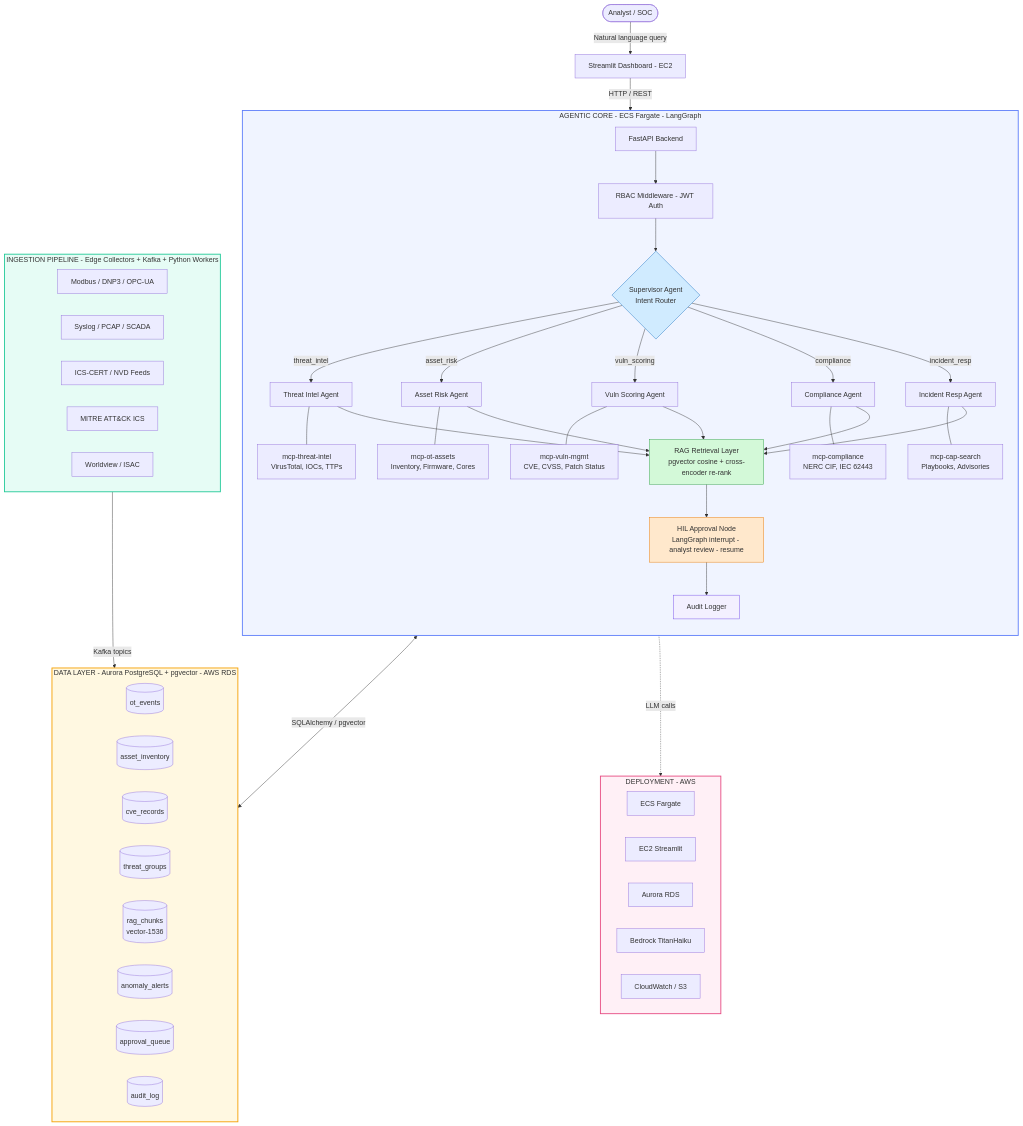
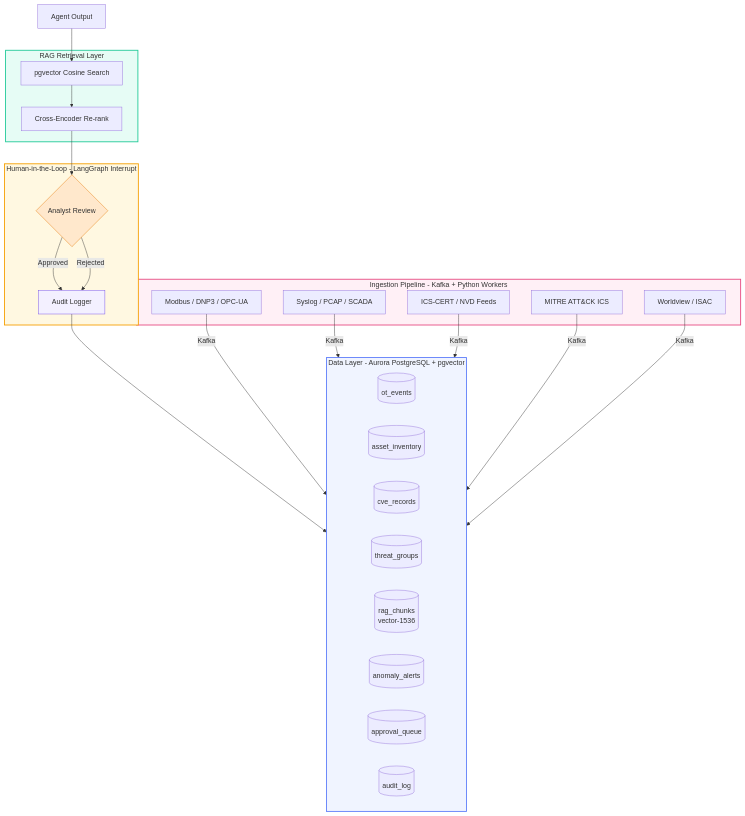
Before and after one commit to praveenbhaskarani1-creator/cybersec-agentic-ai: the second of 3 diagrams in README.md, drawn with Mermaid. The commit also changed other lines of this file, not shown here.

Commit message:
docs: split architecture into 3 clear diagrams
1. Agentic Core Flow - user to agents to MCP tools
2. RAG + HIL + Data Pipeline - retrieval, approval, ingestion
3. AWS Deployment - infrastructure overview

````diff
--- a/README.md
+++ b/README.md
@@ -22,72 +66,53 @@
 ```mermaid
 flowchart TD
-    User(["Analyst / SOC"])
-    User -->|Natural language query| SD["Streamlit Dashboard - EC2"]
-    SD -->|HTTP / REST| FB
+    IN[Agent Output]
 
-    subgraph AGENTIC [AGENTIC CORE - ECS Fargate - LangGraph]
-        direction TB
-        FB["FastAPI Backend"]
-        FB --> RBAC["RBAC Middleware - JWT Auth"]
-        RBAC --> SUP{"Supervisor Agent\nIntent Router"}
-
-        SUP -->|threat_intel| TIA["Threat Intel Agent"]
-        SUP -->|asset_risk| ARA["Asset Risk Agent"]
-        SUP -->|vuln_scoring| VSA["Vuln Scoring Agent"]
-        SUP -->|compliance| CA["Compliance Agent"]
-        SUP -->|incident_resp| IRA["Incident Resp Agent"]
-
-        TIA --- MCP1["mcp-threat-intel\nVirusTotal, IOCs, TTPs"]
-        ARA --- MCP2["mcp-ot-assets\nInventory, Firmware, Cores"]
-        VSA --- MCP3["mcp-vuln-mgmt\nCVE, CVSS, Patch Status"]
-        CA  --- MCP4["mcp-compliance\nNERC CIF, IEC 62443"]
-        IRA --- MCP5["mcp-cap-search\nPlaybooks, Advisories"]
-
-        TIA & ARA & VSA & CA & IRA --> RAG["RAG Retrieval Layer\npgvector cosine + cross-encoder re-rank"]
-        RAG --> HIL["HIL Approval Node\nLangGraph interrupt - analyst review - resume"]
-        HIL --> AUDIT["Audit Logger"]
+    subgraph RAG_LAYER [RAG Retrieval Layer]
+        R1[pgvector Cosine Search]
+        R2[Cross-Encoder Re-rank]
+        R1 --> R2
     end
 
-    subgraph INGESTION [INGESTION PIPELINE - Edge Collectors + Kafka + Python Workers]
-        direction LR
-        I1["Modbus / DNP3 / OPC-UA"]
-        I2["Syslog / PCAP / SCADA"]
-        I3["ICS-CERT / NVD Feeds"]
-        I4["MITRE ATT&CK ICS"]
-        I5["Worldview / ISAC"]
+    IN --> R1
+    R2 --> HIL
+
+    subgraph HIL_LAYER [Human-in-the-Loop - LangGraph Interrupt]
+        HIL{Analyst Review}
+        HIL -->|Approved| AUDIT[Audit Logger]
+        HIL -->|Rejected| AUDIT
     end
 
-    subgraph DATA [DATA LAYER - Aurora PostgreSQL + pgvector - AWS RDS]
-        direction LR
-        D1[("ot_events")]
-        D2[("asset_inventory")]
-        D3[("cve_records")]
-        D4[("threat_groups")]
-        D5[("rag_chunks\nvector-1536")]
-        D6[("anomaly_alerts")]
-        D7[("approval_queue")]
-        D8[("audit_log")]
+    AUDIT --> DB
+
+    subgraph DB [Data Layer - Aurora PostgreSQL + pgvector]
+        D1[(ot_events)]
+        D2[(asset_inventory)]
+        D3[(cve_records)]
+        D4[(threat_groups)]
+        D5[(rag_chunks\nvector-1536)]
+        D6[(anomaly_alerts)]
+        D7[(approval_queue)]
+        D8[(audit_log)]
     end
 
-    subgraph DEPLOY [DEPLOYMENT - AWS]
-        direction LR
-        AWS1["ECS Fargate"]
-        AWS2["EC2 Streamlit"]
-        AWS3["Aurora RDS"]
-        AWS4["Bedrock TitanHaiku"]
-        AWS5["CloudWatch / S3"]
+    subgraph INGEST [Ingestion Pipeline - Kafka + Python Workers]
+        I1[Modbus / DNP3 / OPC-UA]
+        I2[Syslog / PCAP / SCADA]
+        I3[ICS-CERT / NVD Feeds]
+        I4[MITRE ATT&CK ICS]
+        I5[Worldview / ISAC]
     end
 
-    INGESTION -->|Kafka topics| DATA
-    AGENTIC <-->|SQLAlchemy / pgvector| DATA
-    AGENTIC -.->|LLM calls| AWS4
+    I1 -->|Kafka| DB
+    I2 -->|Kafka| DB
+    I3 -->|Kafka| DB
+    I4 -->|Kafka| DB
+    I5 -->|Kafka| DB
 
-    style AGENTIC   fill:#f0f4ff,stroke:#5c7cfa,stroke-width:2px
-    style DATA      fill:#fff8e1,stroke:#f59f00,stroke-width:2px
-    style INGESTION fill:#e6fcf5,stroke:#20c997,stroke-width:2px
-    style DEPLOY    fill:#fff0f6,stroke:#e64980,stroke-width:2px
-    style SUP       fill:#d0ebff,stroke:#1971c2
-    style RAG       fill:#d3f9d8,stroke:#2f9e44
+    style RAG_LAYER fill:#e6fcf5,stroke:#20c997,stroke-width:2px
+    style HIL_LAYER fill:#fff8e1,stroke:#f59f00,stroke-width:2px
+    style DB        fill:#f0f4ff,stroke:#5c7cfa,stroke-width:2px
+    style INGEST    fill:#fff0f6,stroke:#e64980,stroke-width:2px
     style HIL       fill:#ffe8cc,stroke:#e67700
     style AUDIT     fill:#f3f0ff,stroke:#7048e8
 ```
````
